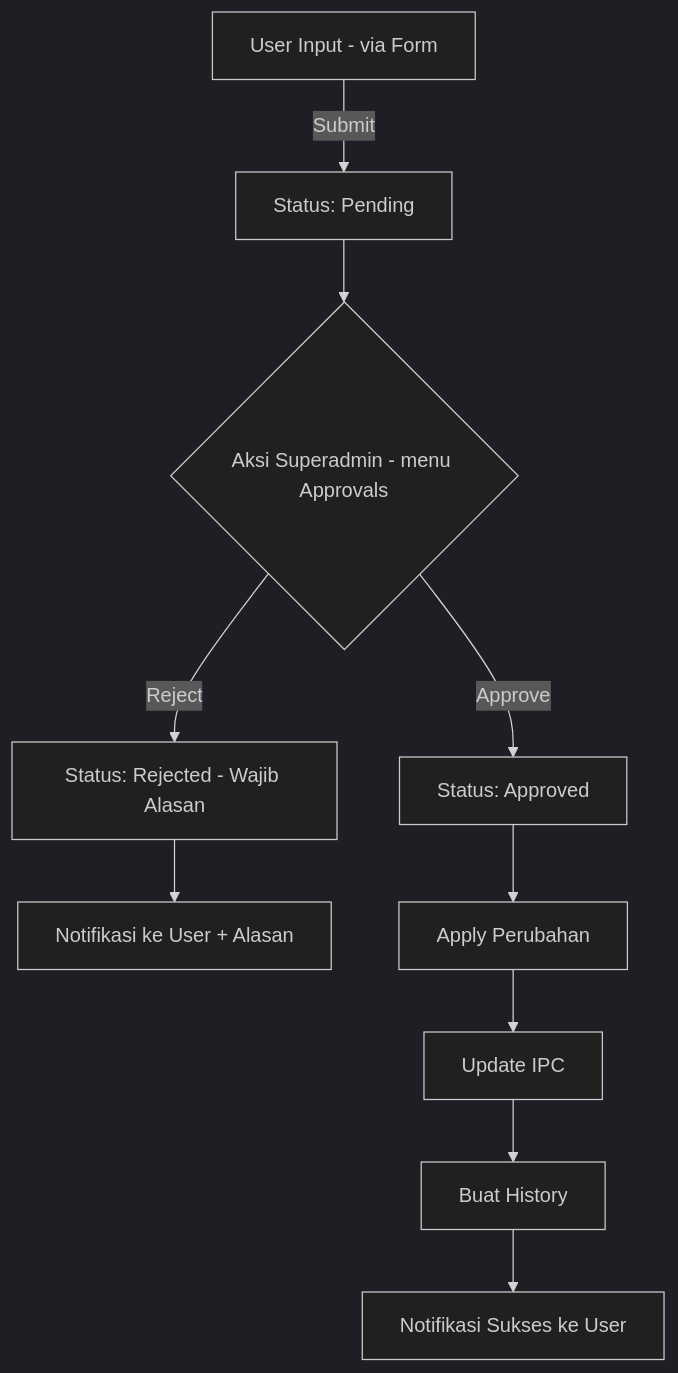
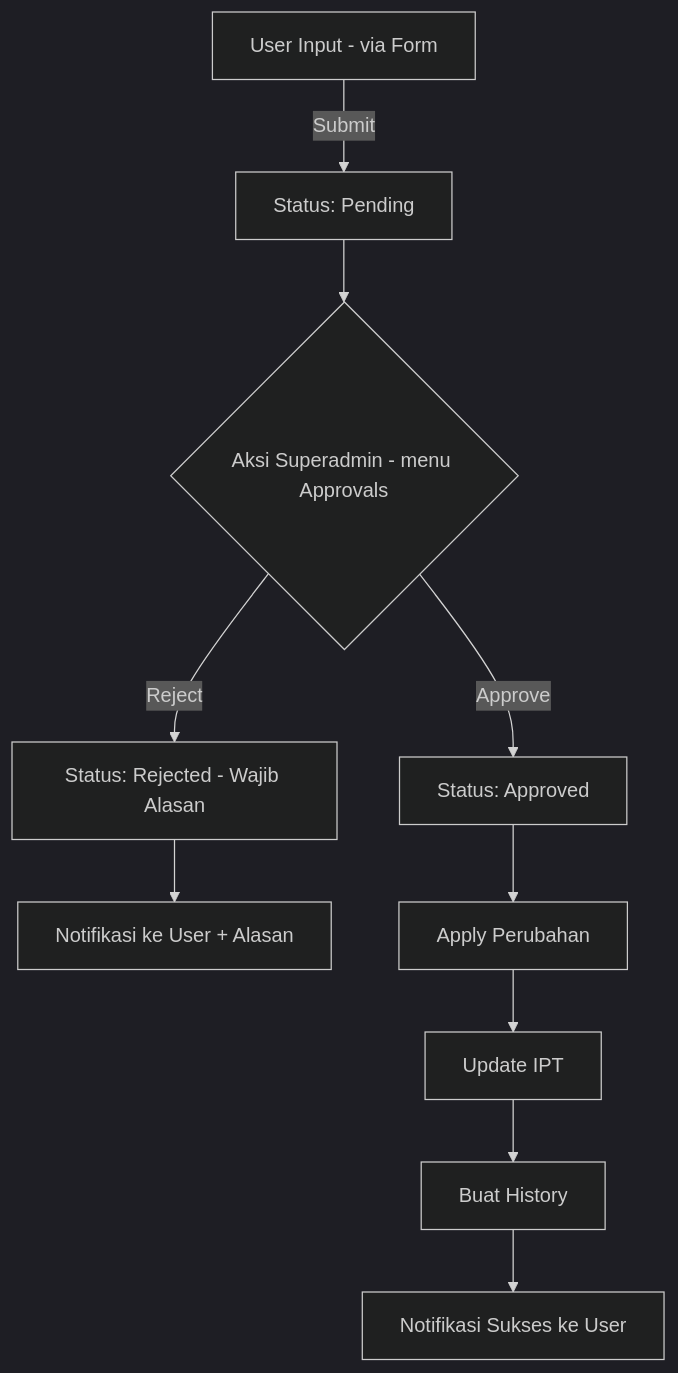
One commit to LeakEXE/ipc-system changed the sixth of 6 diagrams in DOCUMENTATION.md. Above: the diagram before and after it, drawn with Mermaid (dark theme). The commit also changed other lines of this file and 91 other files, not shown here.

Commit message:
refactor: Sistem IPC -> Mandara Talenta refactor: IPC (Individual Point Card) -> IPT (Individual Point Talent)

````diff
--- a/DOCUMENTATION.md
+++ b/DOCUMENTATION.md
@@ -359,15 +359,15 @@
 ```mermaid
 flowchart TD
     A[User Input - via Form] -->|Submit| B[Status: Pending]
     B --> F{Aksi Superadmin - menu Approvals}
 
     F -->|Approve| G[Status: Approved]
     F -->|Reject| H[Status: Rejected - Wajib Alasan]
 
     H --> I[Notifikasi ke User + Alasan]
 
     G --> J[Apply Perubahan]
-    J --> K[Update IPC]
+    J --> K[Update IPT]
     K --> L[Buat History]
     L --> M[Notifikasi Sukses ke User]
 ```
````
